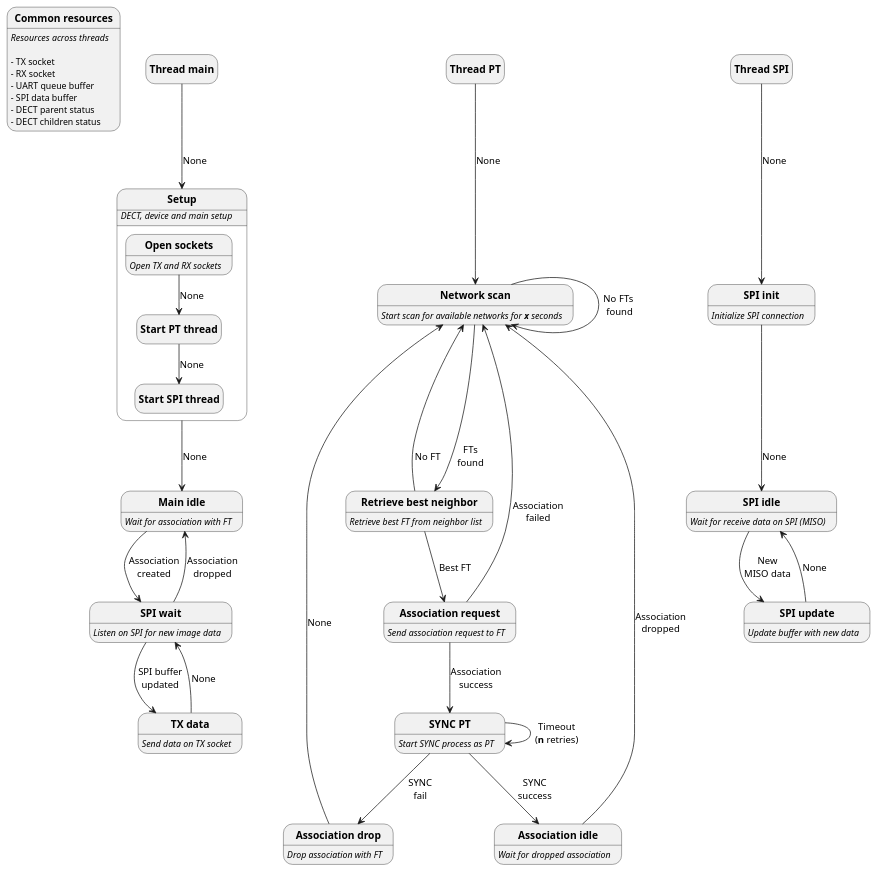
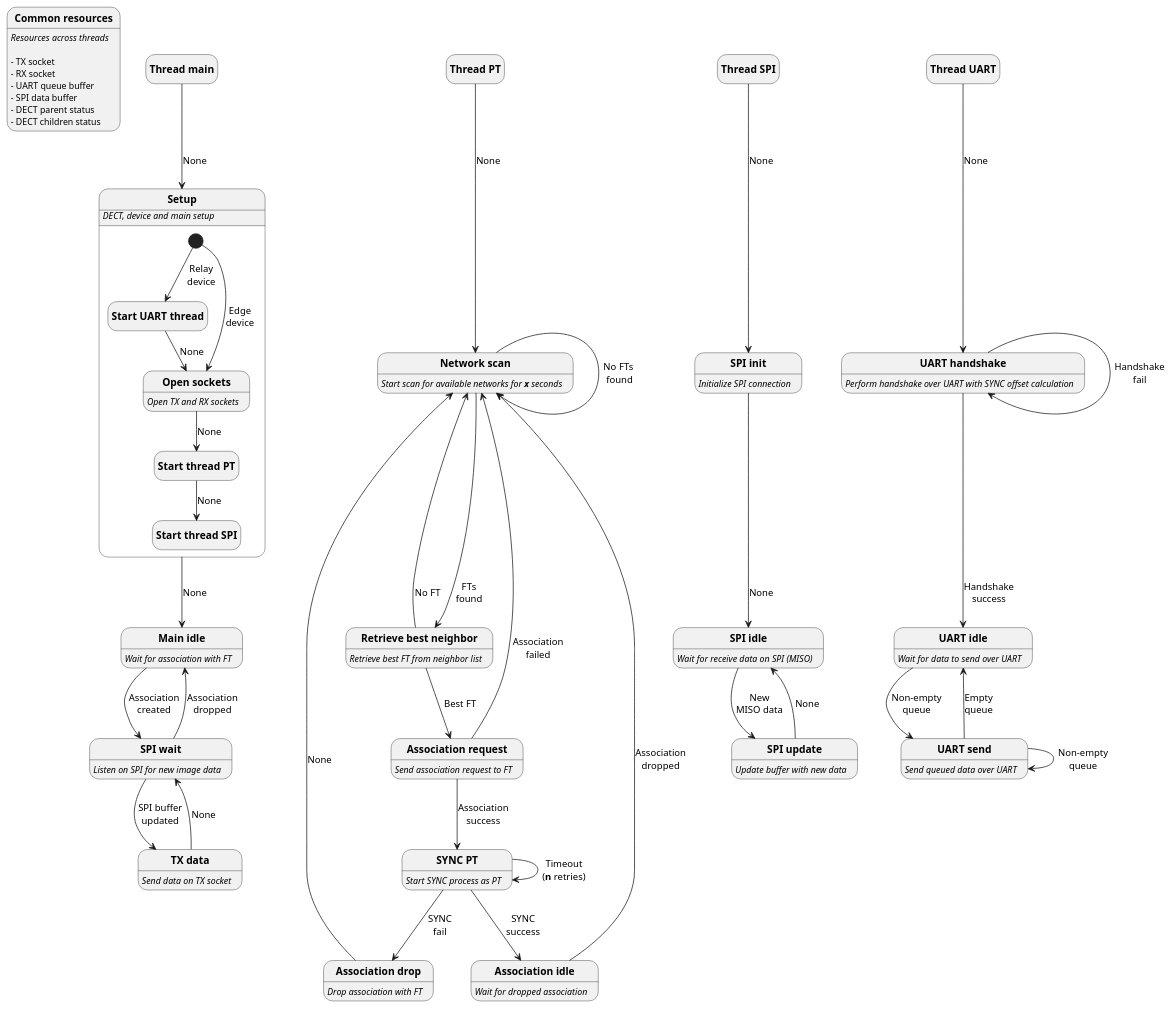
The diagram in diagrams/PT_threads_flow.puml (Aadlei/dect-nr-plus), drawn with PlantUML before and after one commit. The commit also changed 1 other file, not shown here.

Commit message:
Finished FT. Added UART to PT diagram.

```diff
--- a/diagrams/PT_threads_flow.puml
+++ b/diagrams/PT_threads_flow.puml
@@ -1,69 +1,86 @@
 @startuml
 hide empty description
 
 'state "<b>TEMP</b>" as TEMP: <i>TEMP</i>'
 state Common: <i>Resources across threads</i>
 state Common: \n- TX socket
 state Common: - RX socket
 state Common: - UART queue buffer
 state Common: - SPI data buffer
 state Common: - DECT parent status
 state Common: - DECT children status
 state "<b>Common resources</b>" as Common
 
 'Main thread'
 state "<b>Thread main</b>" as Main
 state "<b>Setup</b>" as Main_Setup: <i>DECT, device and main setup</i>
 state Main_Setup {
+  state "<b>Start UART thread</b>" as Main_UART
   state "<b>Open sockets</b>" as Main_Sockets: <i>Open TX and RX sockets</i>
-  state "<b>Start PT thread</b>" as Main_Thread_PT
-  state "<b>Start SPI thread</b>" as Main_Thread_SPI
+  state "<b>Start thread PT</b>" as Main_Thread_PT
+  state "<b>Start thread SPI</b>" as Main_Thread_SPI
 
+  [*] --> Main_UART: Relay\ndevice
+  [*] --> Main_Sockets: Edge\ndevice
+  Main_UART --> Main_Sockets: None
   Main_Sockets --> Main_Thread_PT: None
   Main_Thread_PT --> Main_Thread_SPI: None
 }
 state "<b>Main idle</b>" as Main_Idle: <i>Wait for association with FT</i>
 state "<b>SPI wait</b>" as Main_SPI_Idle: <i>Listen on SPI for new image data</i>
 state "<b>TX data</b>" as Main_TX: <i>Send data on TX socket</i>
 
 Main --> Main_Setup: None
 Main_Setup --> Main_Idle: None
 Main_Idle --> Main_SPI_Idle: Association\ncreated
 Main_SPI_Idle --> Main_Idle: Association\ndropped
 Main_SPI_Idle --> Main_TX: SPI buffer\nupdated
 Main_TX --> Main_SPI_Idle: None
 
 'PT thread'
 state "<b>Thread PT</b>" as PT
 state "<b>Network scan</b>" as PT_Assoc_Scan: <i>Start scan for available networks for <b>x</b> seconds</i>
 state "<b>Retrieve best neighbor</b>" as PT_Assoc_Nbr: <i>Retrieve best FT from neighbor list</i>
 state "<b>Association request</b>" as PT_Assoc_Req: <i>Send association request to FT</i>
 state "<b>SYNC PT</b>" as PT_SYNC: <i>Start SYNC process as PT</i>
 state "<b>Association drop</b>" as PT_Assoc_Drop: <i>Drop association with FT</i>
 state "<b>Association idle</b>" as PT_Assoc_Idle: <i>Wait for dropped association</i>
 
 PT --> PT_Assoc_Scan: None
 PT_Assoc_Scan --> PT_Assoc_Nbr: FTs\nfound
 PT_Assoc_Scan --> PT_Assoc_Scan: No FTs\n found
 PT_Assoc_Nbr --> PT_Assoc_Req: Best FT
 PT_Assoc_Nbr --> PT_Assoc_Scan: No FT
 PT_Assoc_Req --> PT_SYNC: Association\nsuccess
 PT_Assoc_Req --> PT_Assoc_Scan: Association\nfailed
 PT_SYNC --> PT_Assoc_Idle: SYNC\nsuccess
 PT_SYNC --> PT_SYNC: Timeout\n(<b>n</b> retries)
 PT_SYNC --> PT_Assoc_Drop: SYNC\nfail
 PT_Assoc_Drop --> PT_Assoc_Scan: None
 PT_Assoc_Idle --> PT_Assoc_Scan: Association\ndropped
 
 'SPI thread'
 state "<b>Thread SPI" as SPI
 state "<b>SPI init</b>" as SPI_Init: <i>Initialize SPI connection</i>
 state "<b>SPI idle</b>" as SPI_Idle: <i>Wait for receive data on SPI (MISO)</i>
 state "<b>SPI update</b>" as SPI_Update: <i>Update buffer with new data</i>
 
 SPI --> SPI_Init: None
 SPI_Init --> SPI_Idle: None
 SPI_Idle --> SPI_Update: New\nMISO data
 SPI_Update --> SPI_Idle: None
 
+'UART thread'
+state "<b>Thread UART</b>" as UART
+state "<b>UART handshake</b>" as UART_Handshake: <i>Perform handshake over UART with SYNC offset calculation</i>
+state "<b>UART idle</b>" as UART_Idle: <i>Wait for data to send over UART</i>
+state "<b>UART send</b>" as UART_Send: <i>Send queued data over UART</i>
+
+UART --> UART_Handshake: None
+UART_Handshake --> UART_Idle: Handshake\nsuccess
+UART_Handshake --> UART_Handshake: Handshake\nfail
+UART_Idle --> UART_Send: Non-empty\nqueue
+UART_Send --> UART_Send: Non-empty\nqueue
+UART_Send --> UART_Idle: Empty\nqueue
+
 @enduml
```
